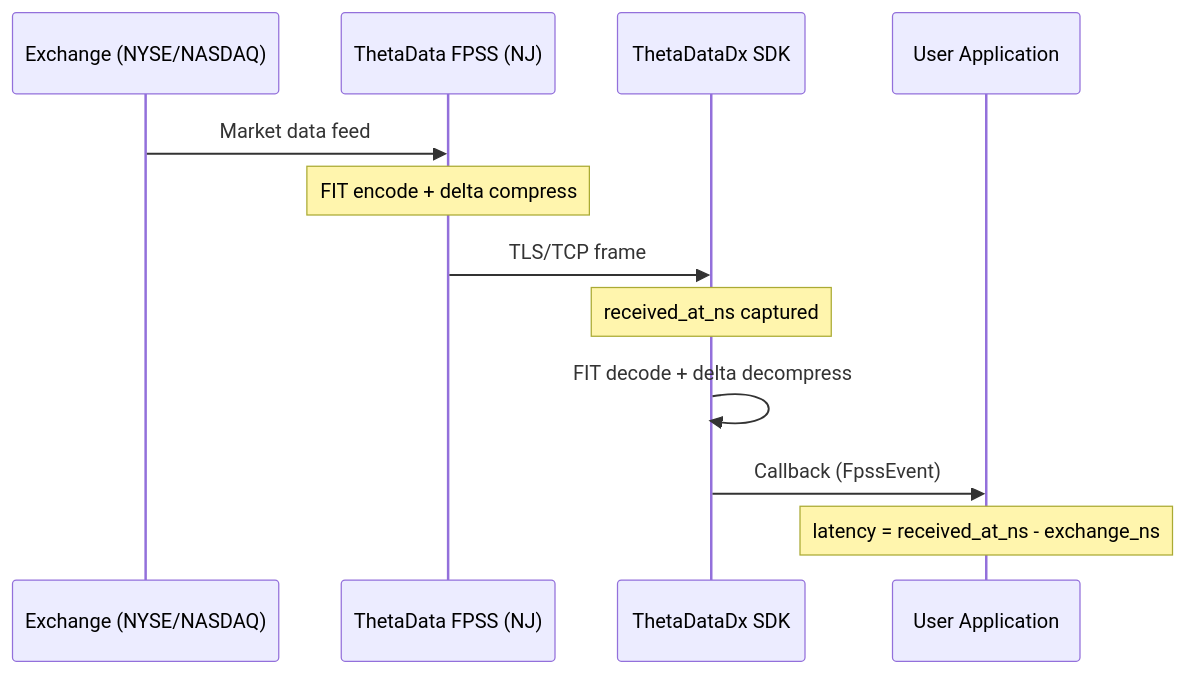
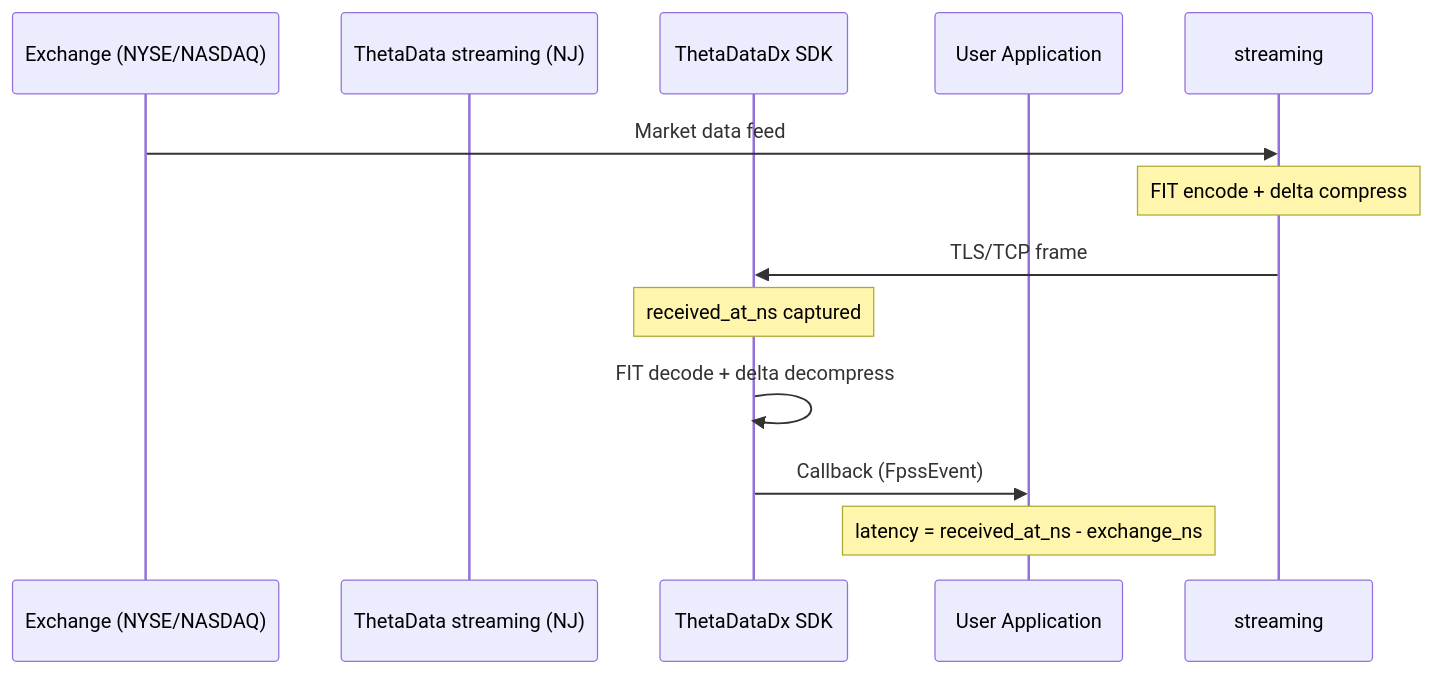
The first of 2 diagrams in docs-site/docs/streaming/latency.md (userFRM/ThetaDataDx), drawn with Mermaid before and after one commit. The commit also changed other lines of this file and 527 other files, not shown here.

First line of the commit message:
feat!: ship ThetaDataDx v11.0.0 (#611)

````diff
--- a/docs-site/docs/streaming/latency.md
+++ b/docs-site/docs/streaming/latency.md
@@ -14,15 +14,15 @@
 ```mermaid
 sequenceDiagram
     participant Exchange as Exchange (NYSE/NASDAQ)
-    participant FPSS as ThetaData FPSS (NJ)
+    participant Stream as ThetaData streaming (NJ)
     participant SDK as ThetaDataDx SDK
     participant App as User Application
 
-    Exchange->>FPSS: Market data feed
-    Note over FPSS: FIT encode + delta compress
-    FPSS->>SDK: TLS/TCP frame
+    Exchange->>streaming: Market data feed
+    Note over streaming: FIT encode + delta compress
+    streaming->>SDK: TLS/TCP frame
     Note over SDK: received_at_ns captured
     SDK->>SDK: FIT decode + delta decompress
     SDK->>App: Callback (FpssEvent)
     Note over App: latency = received_at_ns - exchange_ns
 ```
````
